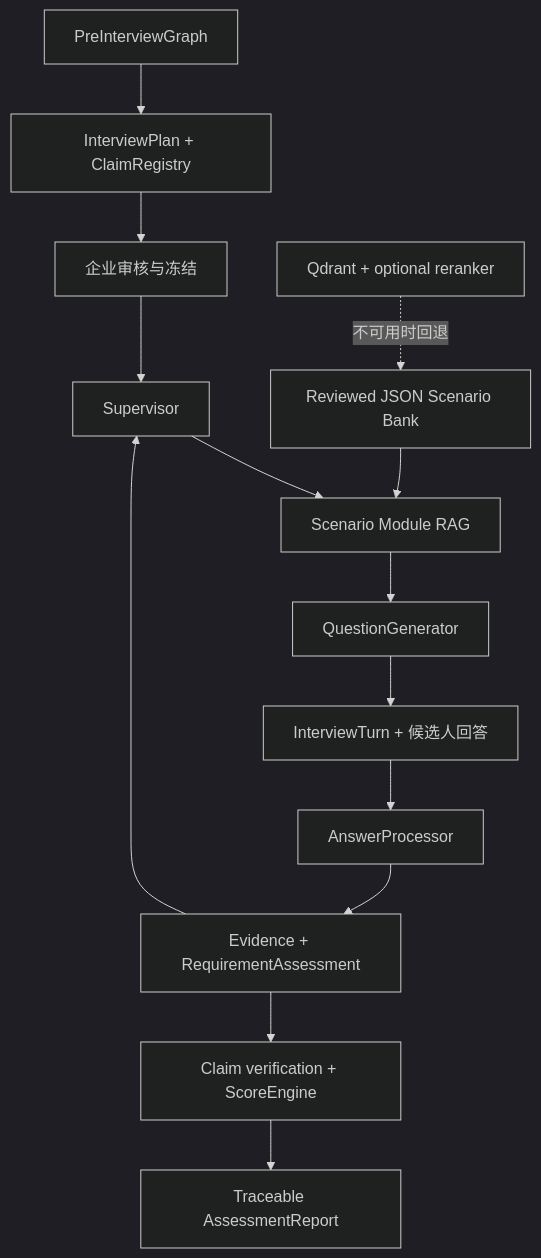
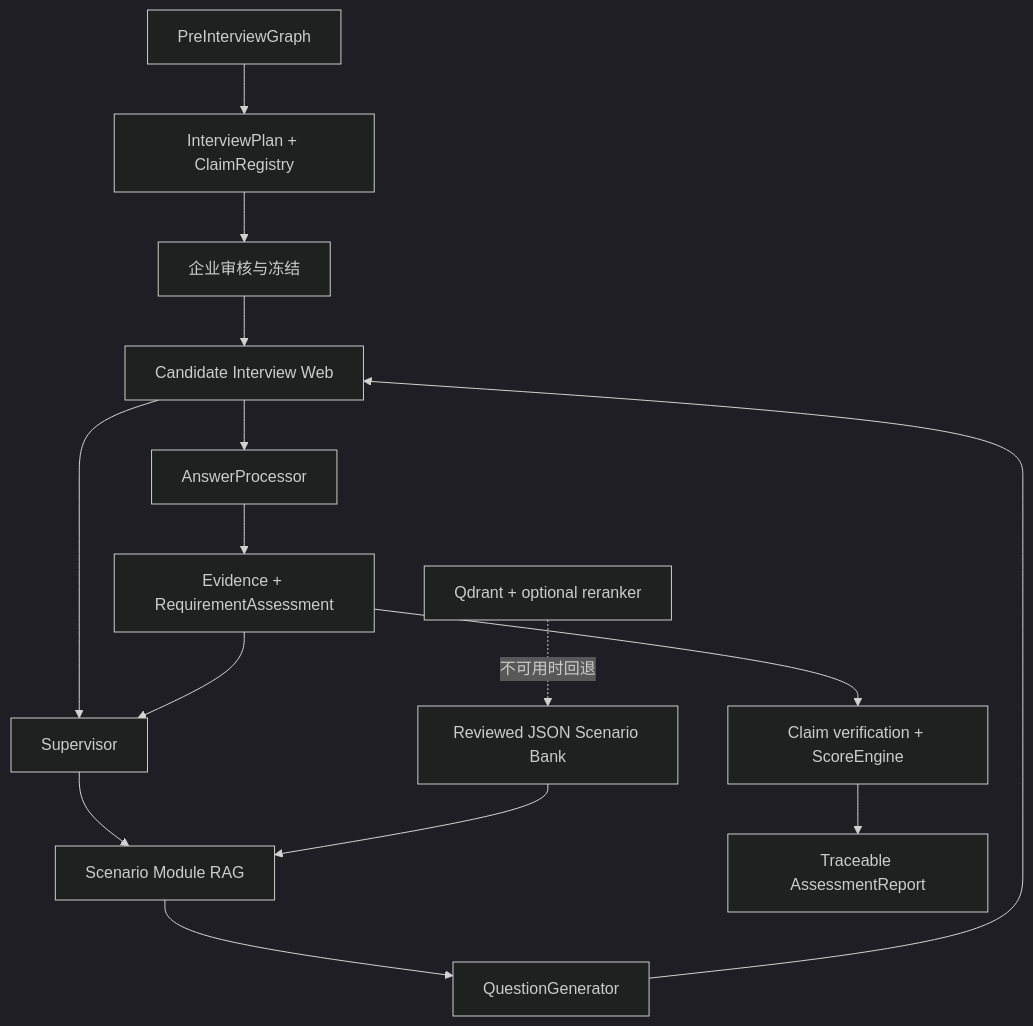
One commit to hr-huang/AI_Interview changed the second of 2 diagrams in README.md. Above: the diagram before and after it, drawn with Mermaid (dark theme). The commit also changed other lines of this file, not shown here.

Commit message:
docs: document candidate interview and byok settings

````diff
--- a/README.md
+++ b/README.md
@@ -87,16 +64,17 @@
 ```mermaid
 flowchart TD
     PRE["PreInterviewGraph"] --> PLAN["InterviewPlan + ClaimRegistry"]
     PLAN --> REVIEW["企业审核与冻结"]
-    REVIEW --> SUP["Supervisor"]
+    REVIEW --> WEB["Candidate Interview Web"]
+    WEB --> SUP["Supervisor"]
     SUP --> RAG["Scenario Module RAG"]
     BANK["Reviewed JSON Scenario Bank"] --> RAG
     RAG --> QG["QuestionGenerator"]
-    QG --> TURN["InterviewTurn + 候选人回答"]
-    TURN --> AP["AnswerProcessor"]
+    QG --> WEB
+    WEB --> AP["AnswerProcessor"]
     AP --> E["Evidence + RequirementAssessment"]
     E --> SUP
     E --> SCORE["Claim verification + ScoreEngine"]
     SCORE --> REPORT["Traceable AssessmentReport"]
     QDRANT["Qdrant + optional reranker"] -. "不可用时回退" .-> BANK
 ```
````
